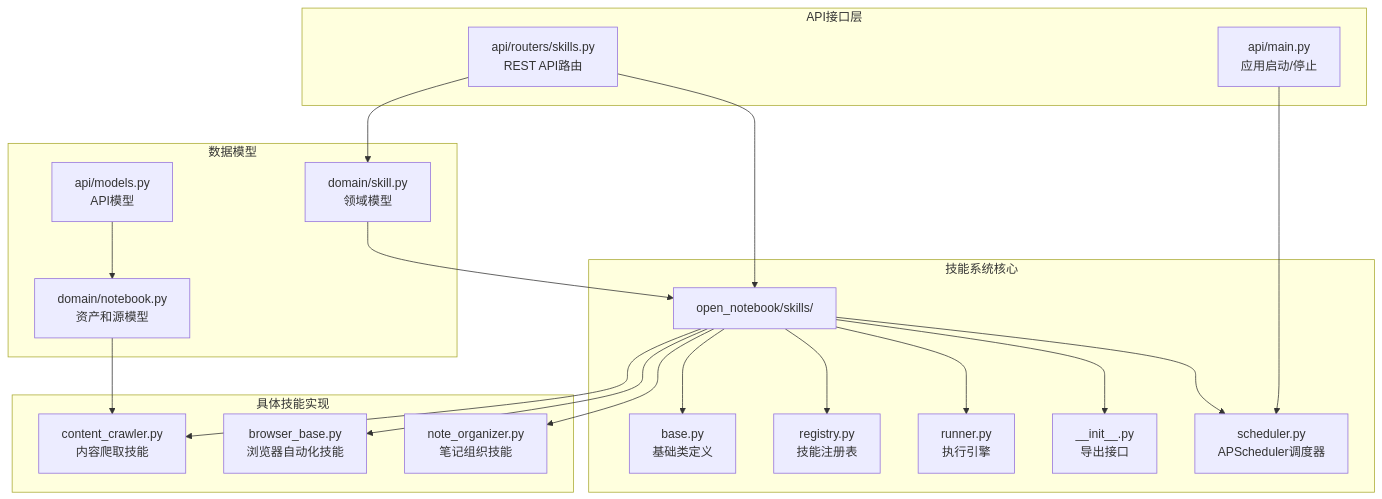
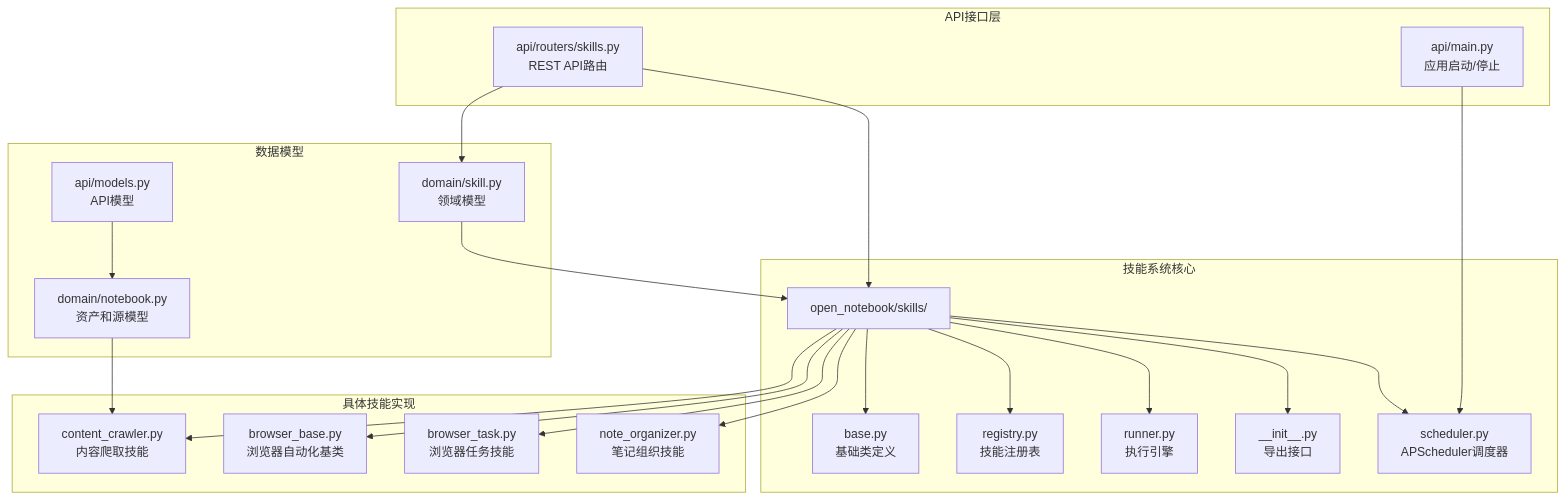
Before and after one commit to jackeyunjie/open-notebook: the first of 17 diagrams in .qoder/repowiki/zh/content/项目概述/核心功能特性/技能系统.md, drawn with Mermaid. The commit also changed other lines of this file and 11 other files, not shown here.

````diff
--- a/.qoder/repowiki/zh/content/项目概述/核心功能特性/技能系统.md
+++ b/.qoder/repowiki/zh/content/项目概述/核心功能特性/技能系统.md
@@ -70,33 +75,35 @@
 ```mermaid
 graph TB
 subgraph "技能系统核心"
 A[open_notebook/skills/] --> B[base.py<br/>基础类定义]
 A --> C[registry.py<br/>技能注册表]
 A --> D[runner.py<br/>执行引擎]
 A --> E[__init__.py<br/>导出接口]
 A --> F[scheduler.py<br/>APScheduler调度器]
 end
 subgraph "具体技能实现"
 G[content_crawler.py<br/>内容爬取技能]
-H[browser_base.py<br/>浏览器自动化技能]
-I[note_organizer.py<br/>笔记组织技能]
+H[browser_base.py<br/>浏览器自动化基类]
+I[browser_task.py<br/>浏览器任务技能]
+J[note_organizer.py<br/>笔记组织技能]
 end
 subgraph "API接口层"
-J[api/routers/skills.py<br/>REST API路由]
-K[api/main.py<br/>应用启动/停止]
+K[api/routers/skills.py<br/>REST API路由]
+L[api/main.py<br/>应用启动/停止]
 end
 subgraph "数据模型"
-L[domain/skill.py<br/>领域模型]
-M[domain/notebook.py<br/>资产和源模型]
-N[api/models.py<br/>API模型]
+M[domain/skill.py<br/>领域模型]
+N[domain/notebook.py<br/>资产和源模型]
+O[api/models.py<br/>API模型]
 end
 A --> G
 A --> H
 A --> I
-J --> A
-J --> L
-K --> F
-L --> A
-M --> G
-N --> M
+A --> J
+K --> A
+K --> M
+L --> F
+M --> A
+N --> G
+O --> N
 ```
````
